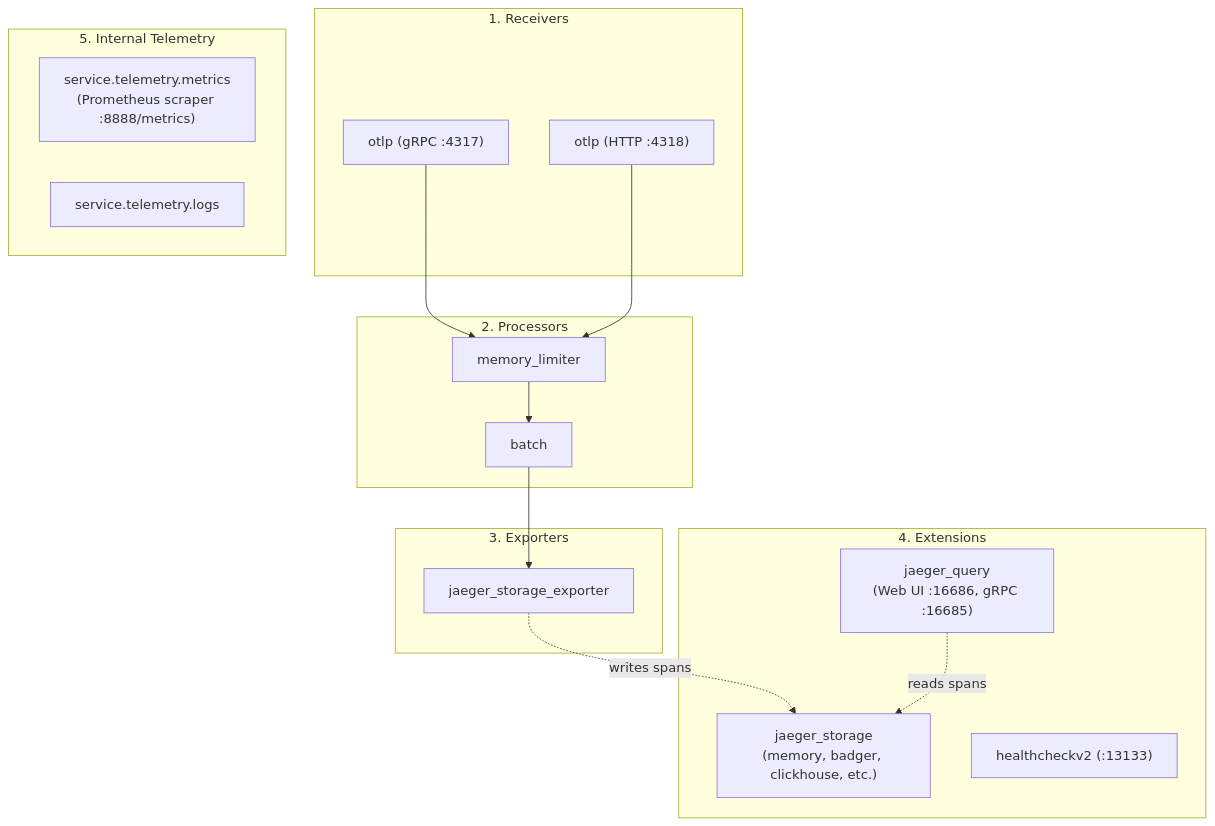
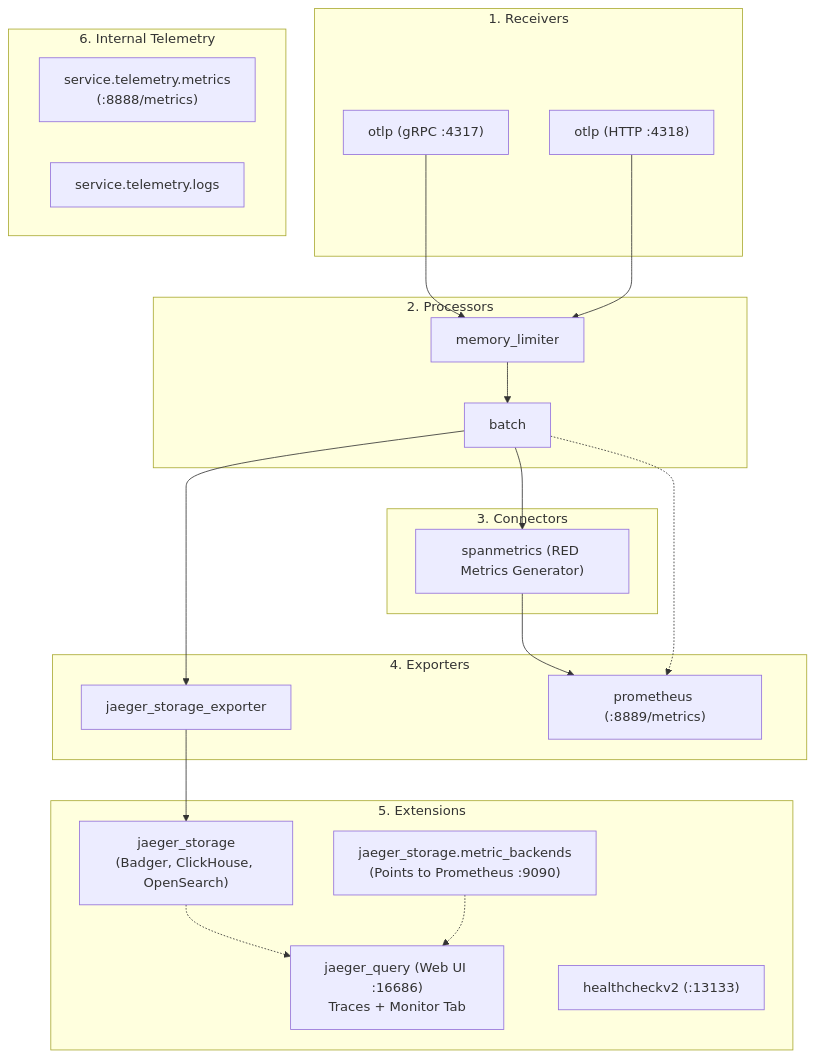
The diagram in docs/JAEGER_V2_CONFIGURATION_GUIDE.md (srthk29/opentelemetry-tutorial), drawn with Mermaid before and after one commit. The commit also changed other lines of this file and 2 other files, not shown here.

Commit message:
feat(telemetry): configure Jaeger v2 persistent storage, SpanMetrics, and Prometheus scrape endpoints

````diff
--- a/docs/JAEGER_V2_CONFIGURATION_GUIDE.md
+++ b/docs/JAEGER_V2_CONFIGURATION_GUIDE.md
@@ -11,32 +17,42 @@
 ```mermaid
 flowchart TD
     subgraph Receivers ["1. Receivers"]
         OTLP_gRPC["otlp (gRPC :4317)"]
         OTLP_HTTP["otlp (HTTP :4318)"]
     end
 
     subgraph Processors ["2. Processors"]
         MemLimiter["memory_limiter"]
         Batch["batch"]
     end
 
-    subgraph Exporters ["3. Exporters"]
-        StorageExporter["jaeger_storage_exporter"]
+    subgraph Connectors ["3. Connectors"]
+        SpanMetrics["spanmetrics (RED Metrics Generator)"]
     end
 
-    subgraph Extensions ["4. Extensions"]
-        Storage["jaeger_storage<br/>(memory, badger, clickhouse, etc.)"]
-        Query["jaeger_query<br/>(Web UI :16686, gRPC :16685)"]
+    subgraph Exporters ["4. Exporters"]
+        StorageExporter["jaeger_storage_exporter"]
+        PromExporter["prometheus (:8889/metrics)"]
+    end
+
+    subgraph Extensions ["5. Extensions"]
+        Storage["jaeger_storage<br/>(Badger, ClickHouse, OpenSearch)"]
+        MetricBackend["jaeger_storage.metric_backends<br/>(Points to Prometheus :9090)"]
+        Query["jaeger_query (Web UI :16686)<br/>Traces + Monitor Tab"]
         Health["healthcheckv2 (:13133)"]
     end
 
-    subgraph Telemetry ["5. Internal Telemetry"]
-        PromMetrics["service.telemetry.metrics<br/>(Prometheus scraper :8888/metrics)"]
+    subgraph Telemetry ["6. Internal Telemetry"]
+        PromMetrics["service.telemetry.metrics<br/>(:8888/metrics)"]
         Logs["service.telemetry.logs"]
     end
 
-    OTLP_gRPC --> MemLimiter --> Batch --> StorageExporter
+    OTLP_gRPC --> MemLimiter --> Batch
     OTLP_HTTP --> MemLimiter
-    StorageExporter -.->|writes spans| Storage
-    Query -.->|reads spans| Storage
+    Batch --> StorageExporter --> Storage
+    Batch --> SpanMetrics --> PromExporter
+    Batch -.-> PromExporter
+
+    Storage -.-> Query
+    MetricBackend -.-> Query
 ```
````
